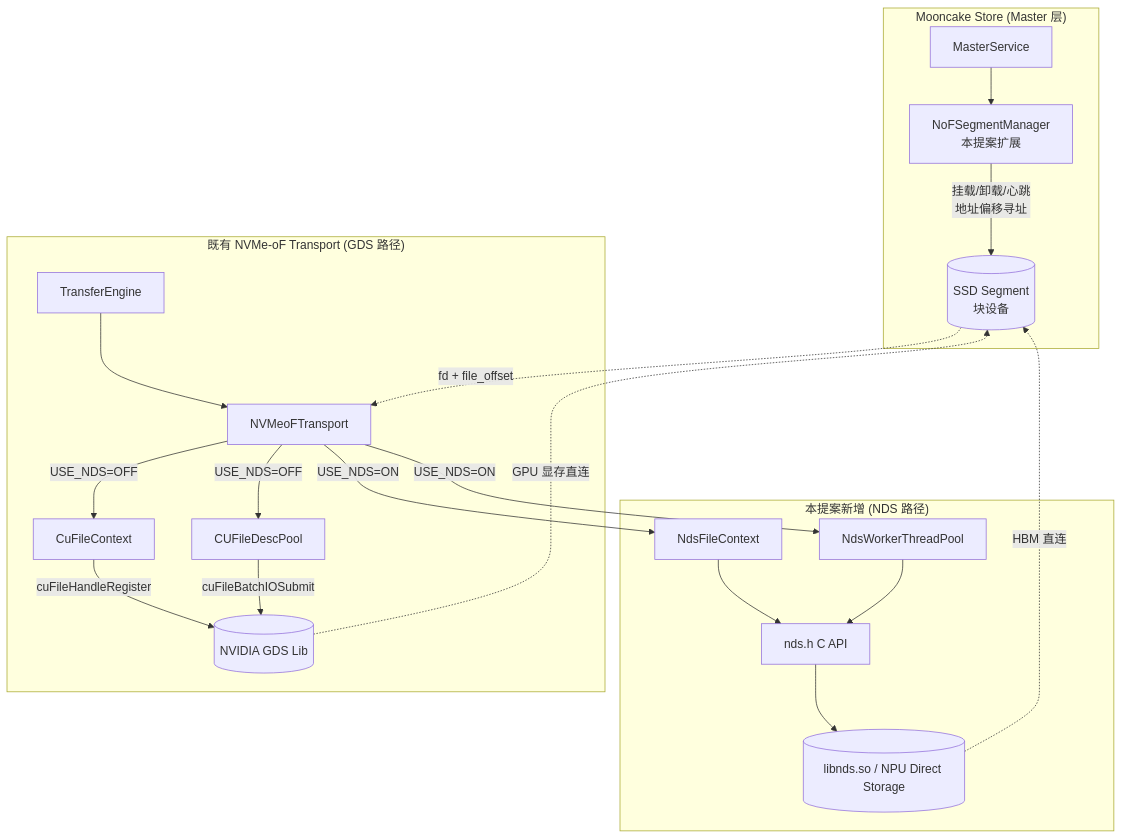
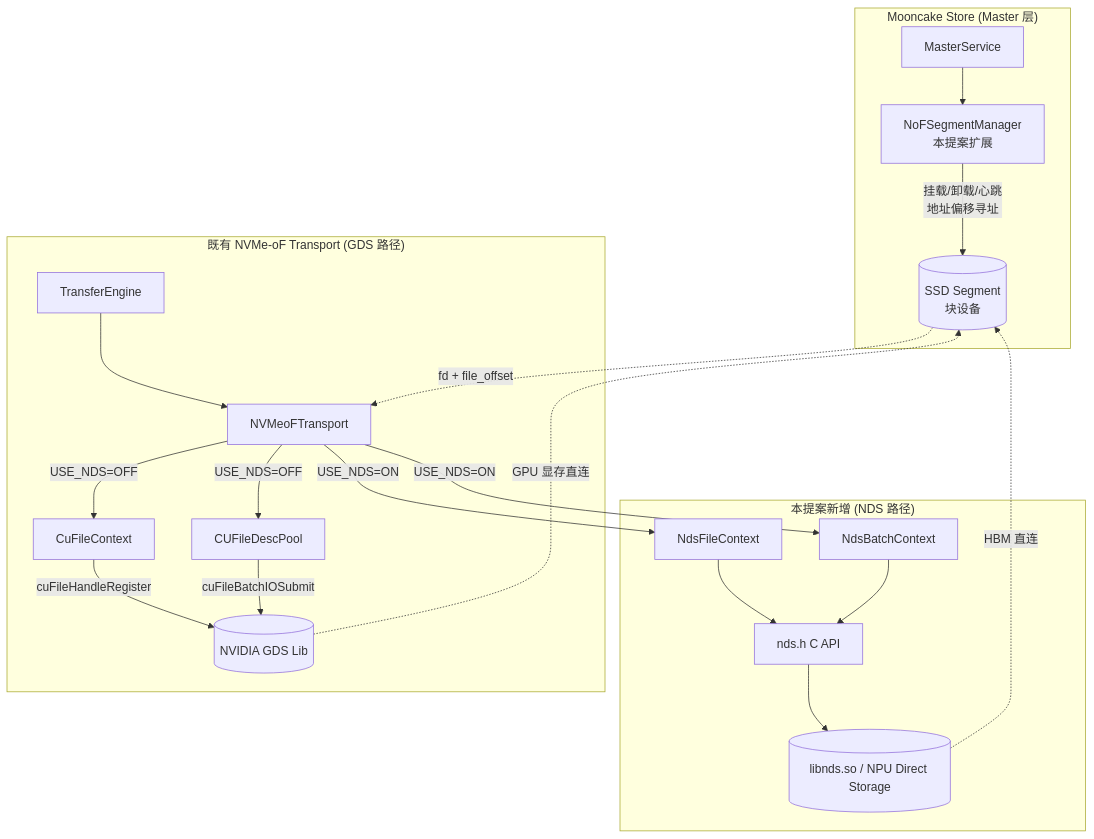
One commit to yz53665/Mooncake changed the first of 17 diagrams in docs/rfc-nds-nvmeof-transport-cn.md. Above: the diagram before and after it, drawn with Mermaid. The commit also changed other lines of this file, not shown here.

````diff
--- a/docs/rfc-nds-nvmeof-transport-cn.md
+++ b/docs/rfc-nds-nvmeof-transport-cn.md
@@ -70,35 +70,36 @@
 ```mermaid
 graph TB
     subgraph Store["Mooncake Store (Master 层)"]
         MS[MasterService]
         NSM[NoFSegmentManager<br/>本提案扩展]
         MS --> NSM
         NSM -->|挂载/卸载/心跳<br/>地址偏移寻址| SEG[(SSD Segment<br/>块设备)]
     end
 
     subgraph Existing["既有 NVMe-oF Transport (GDS 路径)"]
         TE[TransferEngine]
         NVT[NVMeoFTransport]
         CFC[CuFileContext]
         CDP[CUFileDescPool]
         TE --> NVT
         NVT -->|USE_NDS=OFF| CFC
         NVT -->|USE_NDS=OFF| CDP
         CFC -->|cuFileHandleRegister| GDS[(NVIDIA GDS Lib)]
         CDP -->|cuFileBatchIOSubmit| GDS
     end
 
     subgraph Proposed["本提案新增 (NDS 路径)"]
         NDS_CTX[NdsFileContext]
+        NDS_BATCH[NdsBatchContext]
         NDS_API[nds.h C API]
         NVT -->|USE_NDS=ON| NDS_CTX
-        NVT -->|USE_NDS=ON| TP[NdsWorkerThreadPool]
+        NVT -->|USE_NDS=ON| NDS_BATCH
         NDS_CTX --> NDS_API
-        TP --> NDS_API
+        NDS_BATCH --> NDS_API
         NDS_API --> NDSL[(libnds.so / NPU Direct Storage)]
     end
 
     SEG -. fd + file_offset .-> NVT
     NDSL -.HBM 直连.-> SEG
     GDS -.GPU 显存直连.-> SEG
 ```
````
